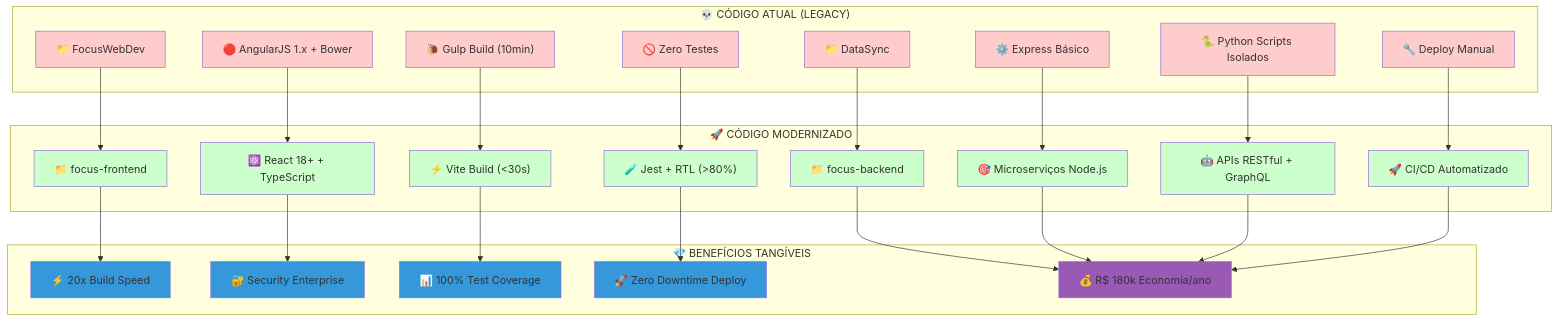
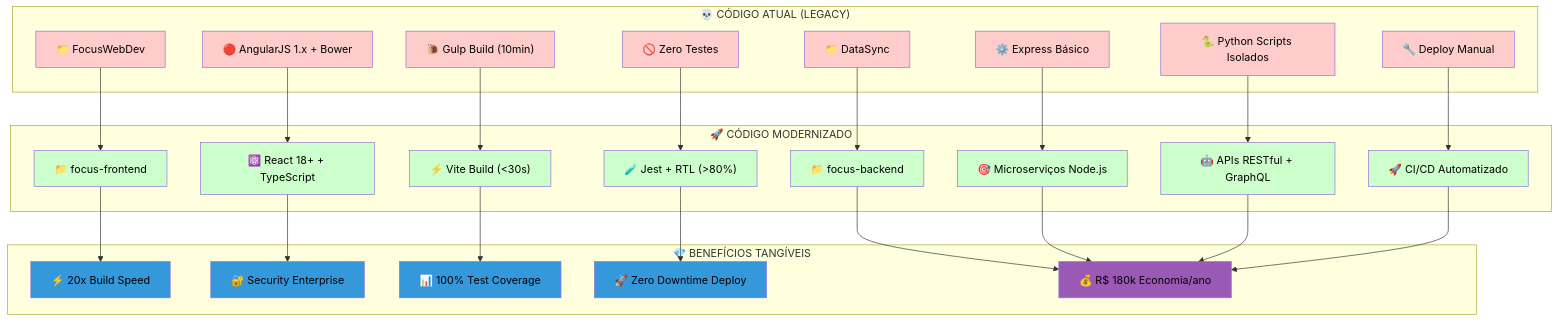
One commit to EduPereiraAlest/FocusTextil changed the diagram in 01-Proposta/documentacao/code-transformation.md. Above: the diagram before and after it, drawn with Mermaid. The commit also changed 8 other files, not shown here.

First line of the commit message:
fix: Melhorar legibilidade dos diagramas Mermaid com texto preto

````diff
--- a/01-Proposta/documentacao/code-transformation.md
+++ b/01-Proposta/documentacao/code-transformation.md
@@ -5,72 +5,72 @@
 ```mermaid
 graph TB
 subgraph "💀 CÓDIGO ATUAL (LEGACY)"
 A["📁 FocusWebDev"]
 B["🔴 AngularJS 1.x + Bower"]
 C["🐌 Gulp Build (10min)"]
 D["🚫 Zero Testes"]
 E["📁 DataSync"]
 F["⚙️ Express Básico"]
 G["🐍 Python Scripts Isolados"]
 H["🔧 Deploy Manual"]
 end
 
 subgraph "🚀 CÓDIGO MODERNIZADO"
 I["📁 focus-frontend"]
 J["⚛️ React 18+ + TypeScript"]
 K["⚡ Vite Build (<30s)"]
 L["🧪 Jest + RTL (>80%)"]
 M["📁 focus-backend"]
 N["🎯 Microserviços Node.js"]
 O["🤖 APIs RESTful + GraphQL"]
 P["🚀 CI/CD Automatizado"]
 end
 
 subgraph "💎 BENEFÍCIOS TANGÍVEIS"
 Q["⚡ 20x Build Speed"]
 R["🔐 Security Enterprise"]
 S["📊 100% Test Coverage"]
 T["🚀 Zero Downtime Deploy"]
 U["💰 R$ 180k Economia/ano"]
 end
 
 A --> I
 B --> J
 C --> K
 D --> L
 E --> M
 F --> N
 G --> O
 H --> P
 
 I --> Q
 J --> R
 K --> S
 L --> T
 M --> U
 N --> U
 O --> U
 P --> U
 
-style A fill:#ffcccc
-style B fill:#ffcccc
-style C fill:#ffcccc
-style D fill:#ffcccc
-style E fill:#ffcccc
-style F fill:#ffcccc
-style G fill:#ffcccc
-style H fill:#ffcccc
-style I fill:#ccffcc
-style J fill:#ccffcc
-style K fill:#ccffcc
-style L fill:#ccffcc
-style M fill:#ccffcc
-style N fill:#ccffcc
-style O fill:#ccffcc
-style P fill:#ccffcc
-style Q fill:#3498db
-style R fill:#3498db
-style S fill:#3498db
-style T fill:#3498db
-style U fill:#9b59b6
+style A fill:#ffcccc,color:#000000
+style B fill:#ffcccc,color:#000000
+style C fill:#ffcccc,color:#000000
+style D fill:#ffcccc,color:#000000
+style E fill:#ffcccc,color:#000000
+style F fill:#ffcccc,color:#000000
+style G fill:#ffcccc,color:#000000
+style H fill:#ffcccc,color:#000000
+style I fill:#ccffcc,color:#000000
+style J fill:#ccffcc,color:#000000
+style K fill:#ccffcc,color:#000000
+style L fill:#ccffcc,color:#000000
+style M fill:#ccffcc,color:#000000
+style N fill:#ccffcc,color:#000000
+style O fill:#ccffcc,color:#000000
+style P fill:#ccffcc,color:#000000
+style Q fill:#3498db,color:#000000
+style R fill:#3498db,color:#000000
+style S fill:#3498db,color:#000000
+style T fill:#3498db,color:#000000
+style U fill:#9b59b6,color:#000000
 ```
````
